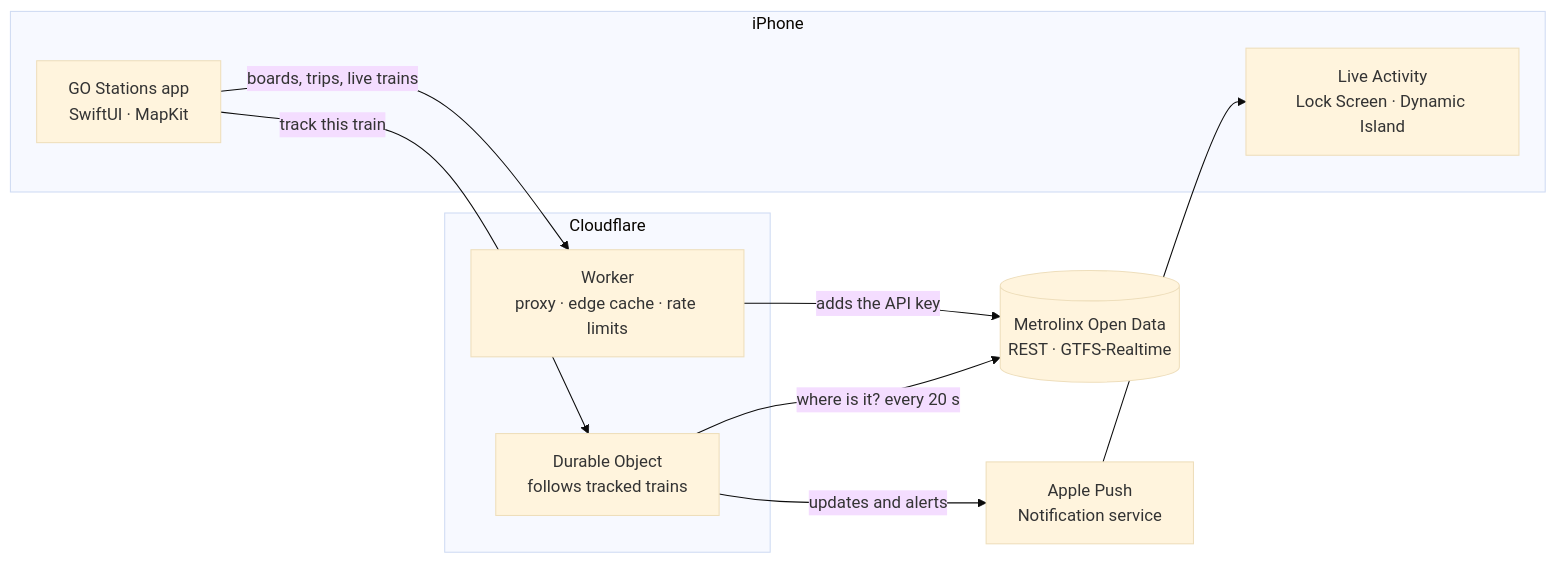
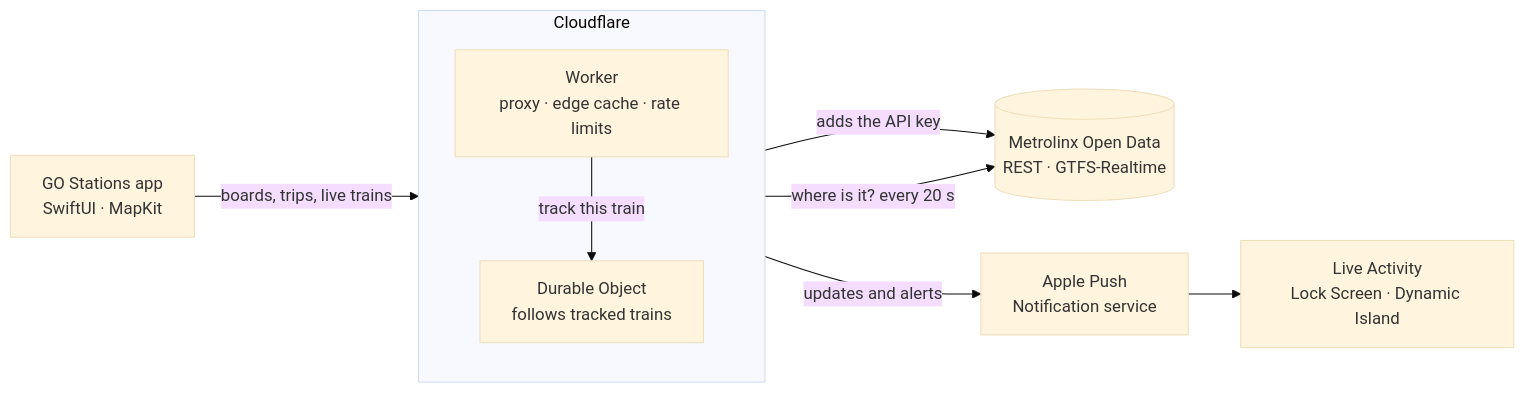
The diagram in README.md (RobOHt/go-stations), drawn with Mermaid (base theme) before and after one commit. The commit also changed other lines of this file and 19 other files, not shown here.

````diff
--- a/README.md
+++ b/README.md
@@ -39,20 +60,19 @@
 ```mermaid
 flowchart LR
-    subgraph phone["iPhone"]
-        app["GO Stations app<br/>SwiftUI · MapKit"]
-        activity["Live Activity<br/>Lock Screen · Dynamic Island"]
-    end
+    app["GO Stations app<br/>SwiftUI · MapKit"]
     subgraph cloudflare["Cloudflare"]
+        direction TB
         worker["Worker<br/>proxy · edge cache · rate limits"]
         follower["Durable Object<br/>follows tracked trains"]
     end
     metrolinx[("Metrolinx Open Data<br/>REST · GTFS-Realtime")]
     apns["Apple Push<br/>Notification service"]
+    activity["Live Activity<br/>Lock Screen · Dynamic Island"]
 
     app -- "boards, trips, live trains" --> worker
     worker -- "adds the API key" --> metrolinx
-    app -- "track this train" --> follower
+    worker -- "track this train" --> follower
     follower -- "where is it? every 20 s" --> metrolinx
     follower -- "updates and alerts" --> apns
     apns --> activity
 ```
````
